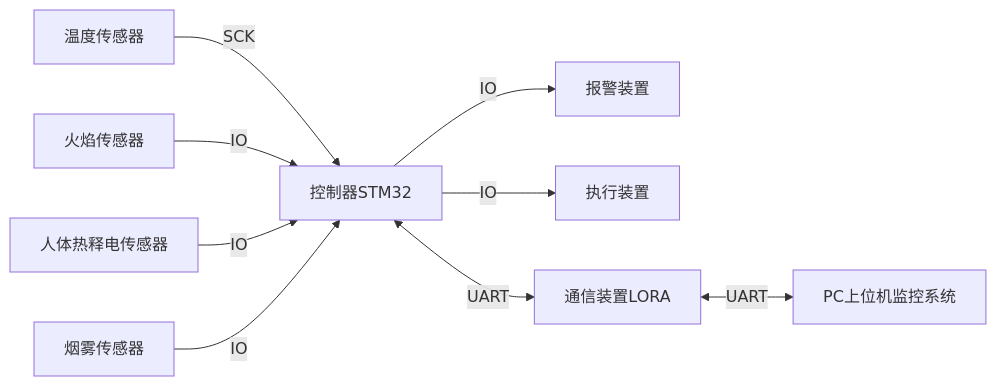
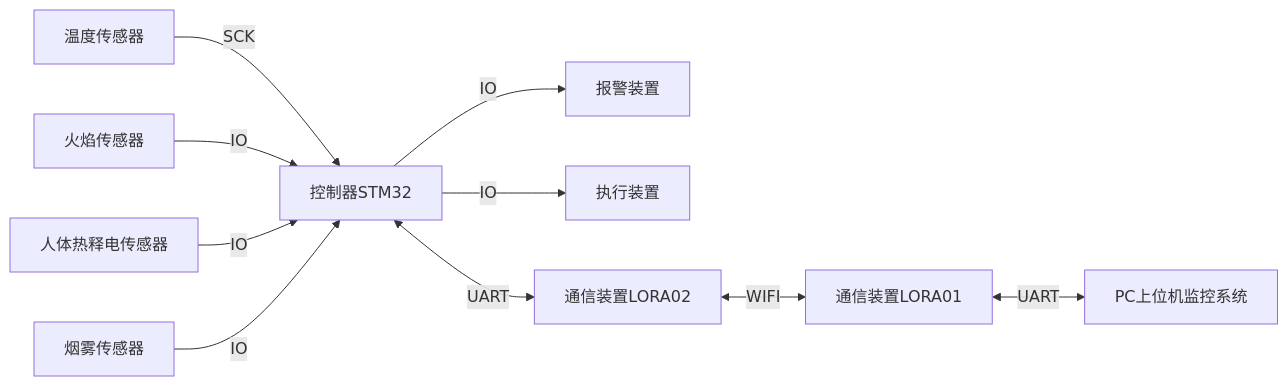
One commit to yunke120/Xiaoqian-Xu changed the first of 2 diagrams in README.md. Above: the diagram before and after it, drawn with Mermaid. The commit also changed other lines of this file and 2 other files, not shown here.

````diff
--- a/README.md
+++ b/README.md
@@ -123,14 +123,14 @@
 ```mermaid
 flowchart LR
 
 温度传感器-->|SCK|控制器STM32
 火焰传感器-->|IO|控制器STM32
 人体热释电传感器-->|IO|控制器STM32
 烟雾传感器-->|IO|控制器STM32
 
 控制器STM32-->|IO|报警装置
 控制器STM32-->|IO|执行装置
 
-控制器STM32<-->|UART|通信装置LORA<-->|UART|PC上位机监控系统
+控制器STM32<-->|UART|通信装置LORA02<-->|WIFI|通信装置LORA01<-->|UART|PC上位机监控系统
 
 ```
````
